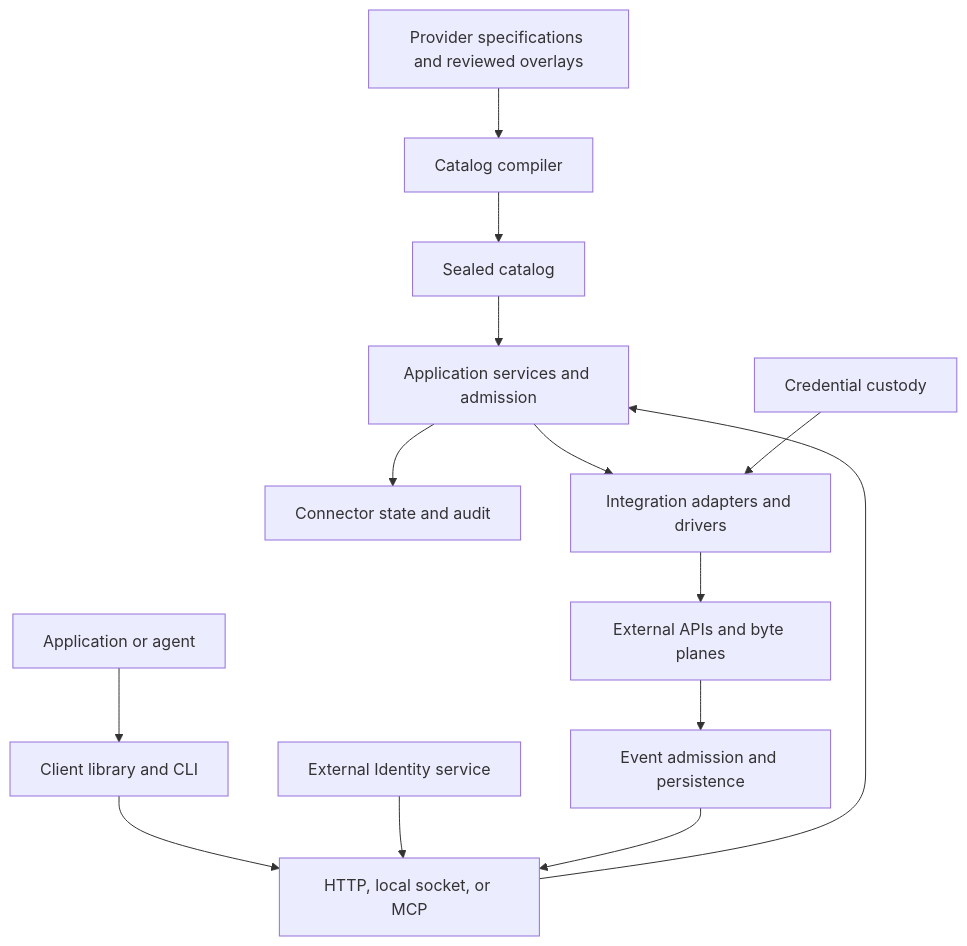
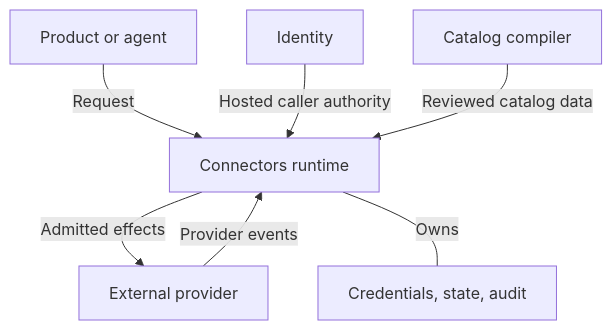
Before and after one commit to beyond10x/connectors: the diagram in docs/architecture/README.md, drawn with Mermaid. The commit also changed other lines of this file and 9 other files, not shown here.

Commit message:
docs: follow a hosted Slack reply through the system

````diff
--- a/docs/architecture/README.md
+++ b/docs/architecture/README.md
@@ -23,16 +23,11 @@
 ```mermaid
 flowchart TB
-    sources[Provider specifications and reviewed overlays] --> catalog[Catalog compiler]
-    catalog --> pack[Sealed catalog]
-    caller[Application or agent] --> client[Client library and CLI]
-    client --> transport[HTTP, local socket, or MCP]
-    identity[External Identity service] --> transport
-    transport --> application[Application services and admission]
-    pack --> application
-    application --> state[Connector state and audit]
-    application --> adapters[Integration adapters and drivers]
-    secrets[Credential custody] --> adapters
-    adapters --> external[External APIs and byte planes]
-    external --> delivery[Event admission and persistence]
-    delivery --> transport
+    accTitle: System ownership boundaries
+    accDescr: Products and Identity are outside Connectors. Connectors owns its catalog, admission, adapters, credentials, and durable state.
+    product[Product or agent] -->|Request| runtime[Connectors runtime]
+    identity[Identity] -->|Hosted caller authority| runtime
+    catalog[Catalog compiler] -->|Reviewed catalog data| runtime
+    runtime -->|Admitted effects| external[External provider]
+    external -->|Provider events| runtime
+    runtime ---|Owns| stores[Credentials, state, audit]
 ```
````
